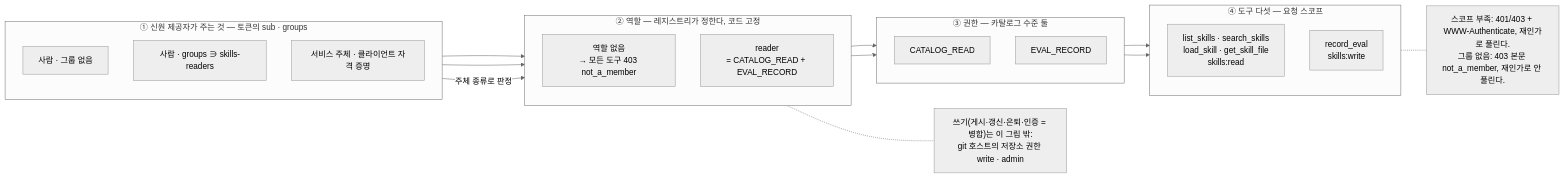
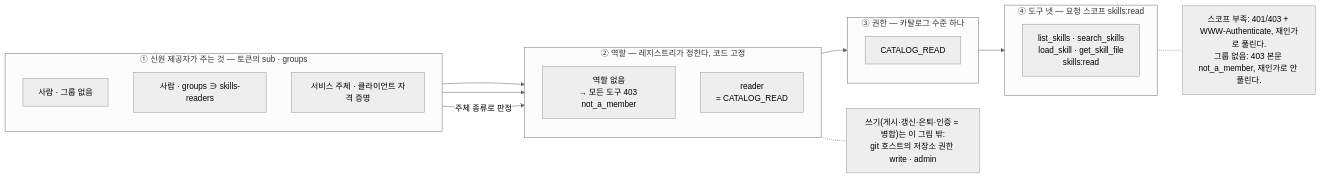
The fourth of 4 diagrams in DESIGN.md (alteralab/harness-catalog), drawn with Mermaid (neutral theme) before and after one commit. The commit also changed other lines of this file and 5 other files, not shown here.

First line of the commit message:
design·plans: v3.4 — 평가 결과의 정본을 Langfuse로, eval_result·record_eval·skills:write 제거 (사용자 결정)

````diff
--- a/DESIGN.md
+++ b/DESIGN.md
@@ -317,35 +293,31 @@
 ```mermaid
 flowchart LR
     subgraph L1["① 신원 제공자가 주는 것 — 토큰의 sub · groups"]
         direction TB
         H0["사람 · 그룹 없음"]
         HR["사람 · groups ∋ skills-readers"]
         S0["서비스 주체 · 클라이언트 자격 증명"]
     end
     subgraph L2["② 역할 — 레지스트리가 정한다, 코드 고정"]
         direction TB
         RX["역할 없음<br/>→ 모든 도구 403 not_a_member"]
-        R0["reader<br/>= CATALOG_READ + EVAL_RECORD"]
+        R0["reader<br/>= CATALOG_READ"]
     end
-    subgraph L3["③ 권한 — 카탈로그 수준 둘"]
+    subgraph L3["③ 권한 — 카탈로그 수준 하나"]
         direction TB
         P0["CATALOG_READ"]
-        P3["EVAL_RECORD"]
     end
-    subgraph L4["④ 도구 다섯 — 요청 스코프"]
+    subgraph L4["④ 도구 넷 — 요청 스코프 skills:read"]
         direction TB
         T0["list_skills · search_skills<br/>load_skill · get_skill_file<br/>skills:read"]
-        T3["record_eval<br/>skills:write"]
     end
     H0 --> RX
     HR --> R0
     S0 -- "주체 종류로 판정" --> R0
     R0 --> P0
-    R0 --> P3
     P0 --> T0
-    P3 --> T3
     G["쓰기(게시·갱신·은퇴·인증 = 병합)는 이 그림 밖:<br/>git 호스트의 저장소 권한 write · admin"]
     N2["스코프 부족: 401/403 + WWW-Authenticate, 재인가로 풀린다.<br/>그룹 없음: 403 본문 not_a_member, 재인가로 안 풀린다."]
     L2 -.- G
     L4 -.- N2
 ```
````
